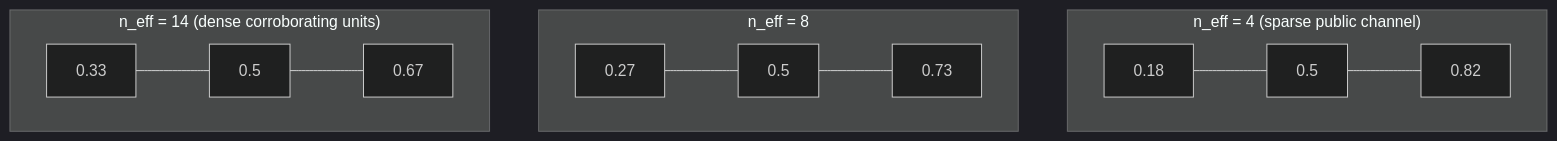
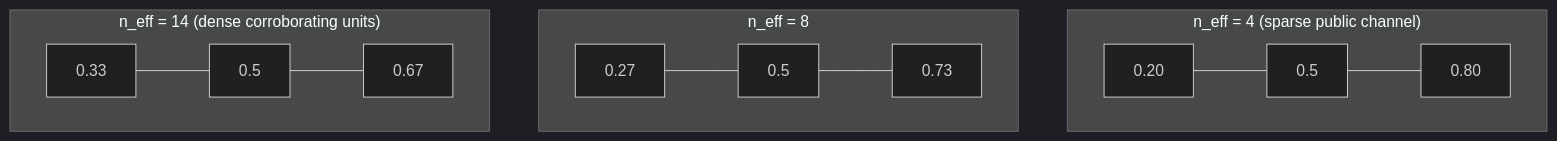
One commit to blisspixel/recon changed the third of 3 diagrams in docs/correlation.md. Above: the diagram before and after it, drawn with Mermaid (dark theme). The commit also changed other lines of this file, not shown here.

````diff
--- a/docs/correlation.md
+++ b/docs/correlation.md
@@ -457,12 +457,12 @@
 ```mermaid
 flowchart TB
   subgraph sparse["n_eff = 4 (sparse public channel)"]
-    sl["0.18"] --- sm["0.5"] --- sh["0.82"]
+    sl["0.20"] --- sm["0.5"] --- sh["0.80"]
   end
   subgraph mid["n_eff = 8"]
     ml["0.27"] --- mm["0.5"] --- mh["0.73"]
   end
   subgraph dense["n_eff = 14 (dense corroborating units)"]
     dl["0.33"] --- dm["0.5"] --- dh["0.67"]
   end
 ```
````
